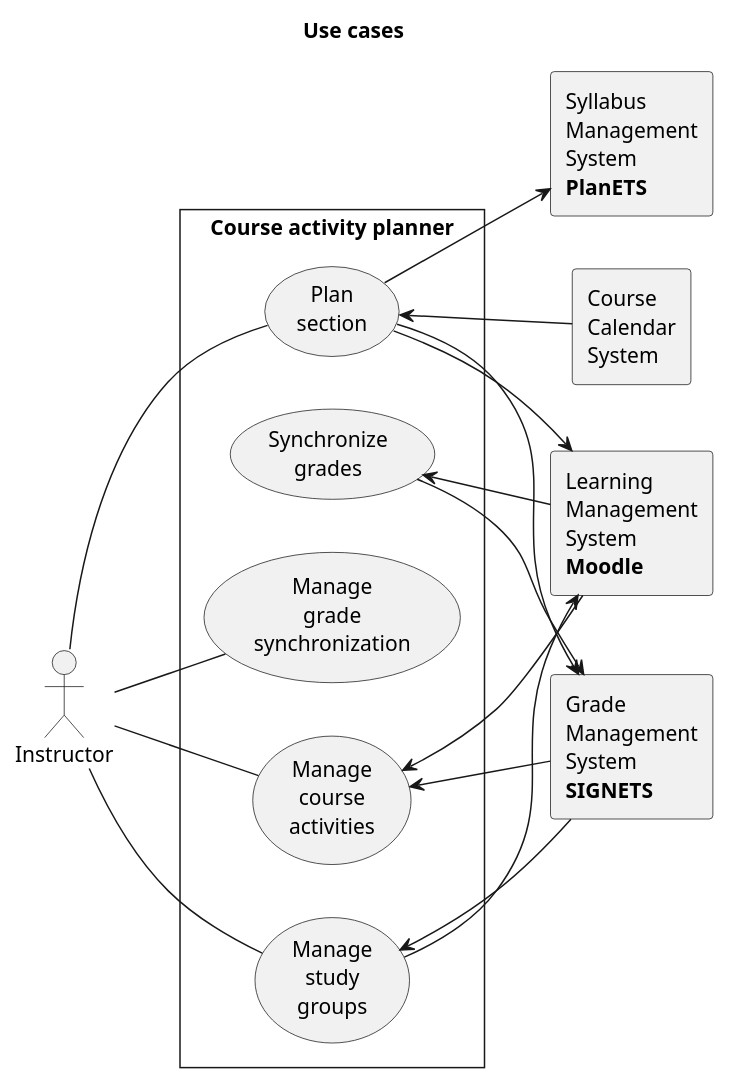
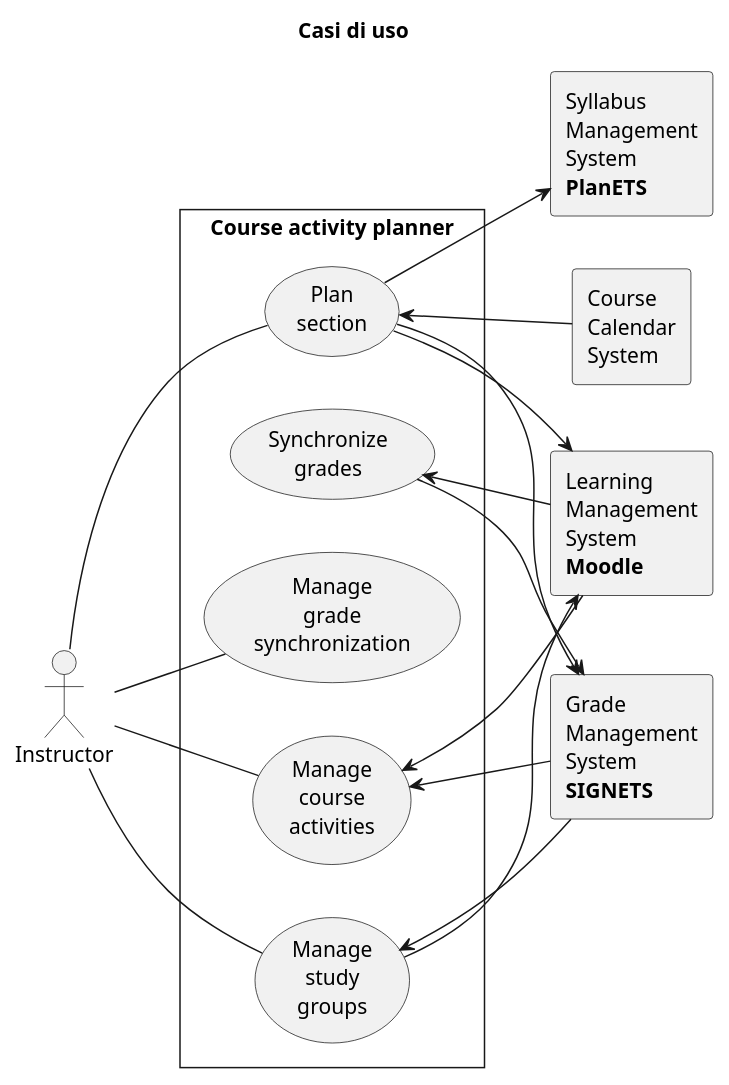
The diagram in use-cases.puml (RemoteConnectionManager/RCM_spack_deploy), drawn with PlantUML before and after one commit.

```diff
--- a/use-cases.puml
+++ b/use-cases.puml
@@ -1,39 +1,39 @@
 @startuml
-title Use cases
+title Casi di uso
 skinparam style strictuml
 left to right direction
 actor Instructor as I
 rectangle "Learning\nManagement\nSystem\n**Moodle**" as lms
 rectangle "Syllabus\nManagement\nSystem\n**PlanETS**" as sms
 rectangle "Grade\nManagement\nSystem\n**SIGNETS**" as gms
 rectangle "Course\nCalendar\nSystem" as ccs
 
 rectangle "Course activity planner" {
 
 (Manage\ncourse\nactivities) as ma
 (Manage\nstudy\ngroups) as msg
 (Plan\nsection) as ps
 (Manage\ngrade\nsynchronization) as mgs
 (Synchronize\ngrades) as sg
 }
 
 I -- ma
 ma <-- lms
 ma <-- gms
 
 I -- msg
 msg <-- gms
 msg --> lms
 
 ' plan section
 I -- ps
 ps --> lms
 ps --> sms
 ps --> gms
 ps <-- ccs
 
 'sync grades
 I -- mgs
 sg <-- lms
 sg --> gms
 @enduml
```
